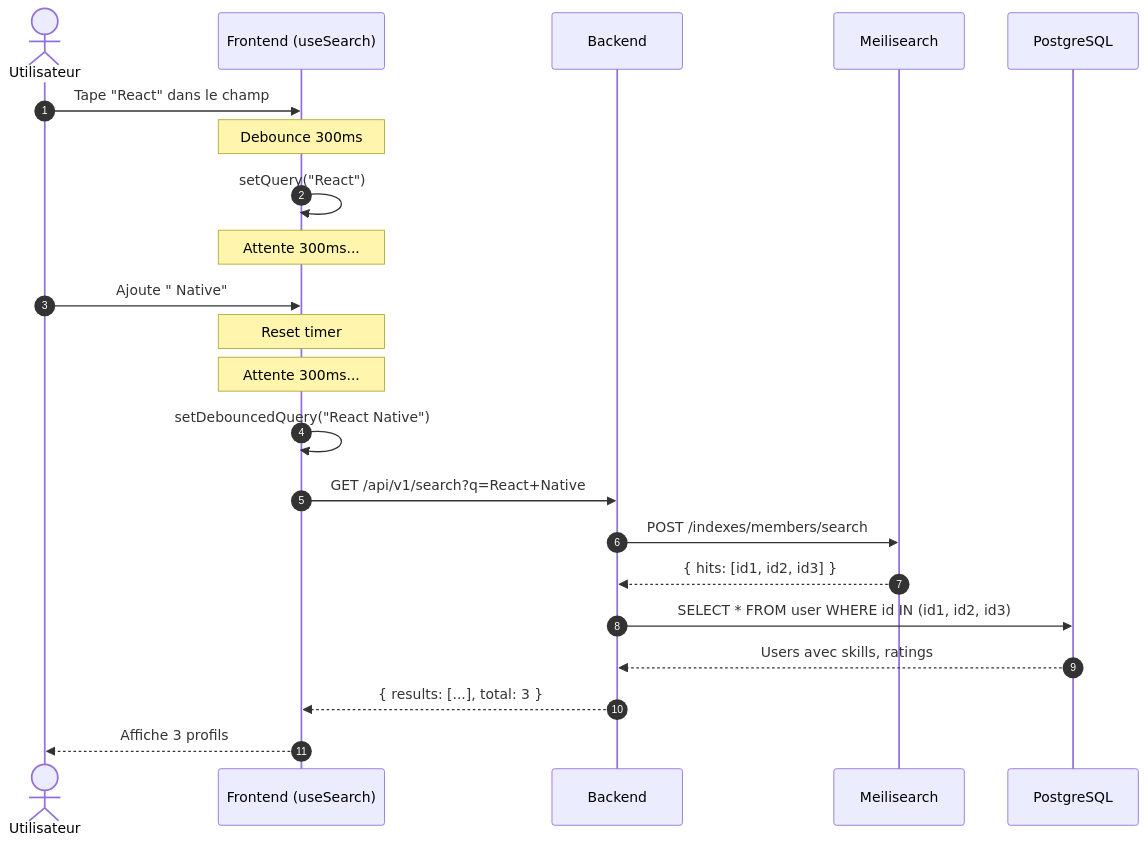
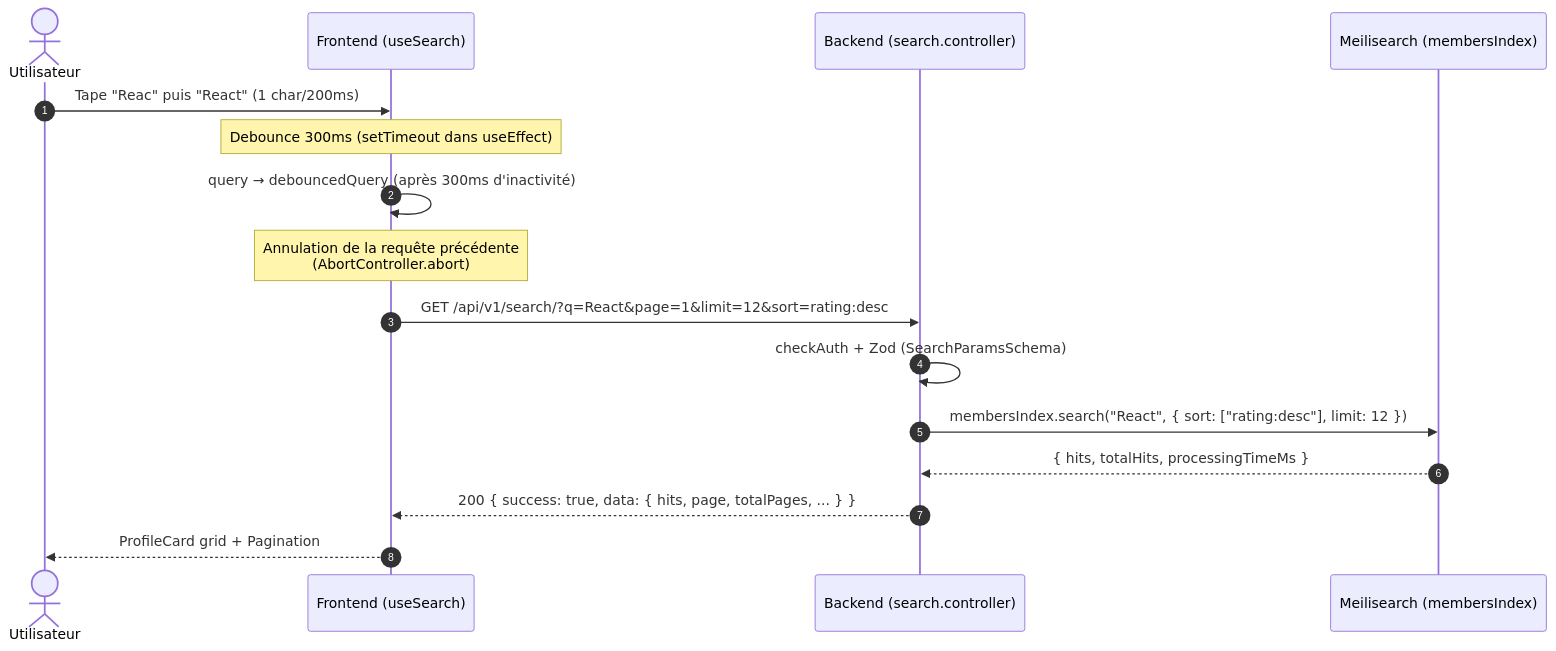
One commit to Sojeremy/documentation-skillswap changed the diagram in docs/documentation-implementation/arc42/06-runtime/search.md. Above: the diagram before and after it, drawn with Mermaid. The commit also changed other lines of this file, not shown here.

Commit message:
docs(arc42): refonte 06-runtime/search.md (flow useSearch réel — natif + AbortController)

````diff
--- a/docs/documentation-implementation/arc42/06-runtime/search.md
+++ b/docs/documentation-implementation/arc42/06-runtime/search.md
@@ -5,25 +16,19 @@
 ```mermaid
 sequenceDiagram
     autonumber
     actor U as Utilisateur
     participant F as Frontend (useSearch)
-    participant B as Backend
-    participant MS as Meilisearch
-    participant DB as PostgreSQL
+    participant B as Backend (search.controller)
+    participant MS as Meilisearch (membersIndex)
 
-    U->>F: Tape "React" dans le champ
-    Note over F: Debounce 300ms
-    F->>F: setQuery("React")
-    Note over F: Attente 300ms...
-    U->>F: Ajoute " Native"
-    Note over F: Reset timer
-    Note over F: Attente 300ms...
-    F->>F: setDebouncedQuery("React Native")
-    F->>B: GET /api/v1/search?q=React+Native
-    B->>MS: POST /indexes/members/search
-    MS-->>B: { hits: [id1, id2, id3] }
-    B->>DB: SELECT * FROM user WHERE id IN (id1, id2, id3)
-    DB-->>B: Users avec skills, ratings
-    B-->>F: { results: [...], total: 3 }
-    F-->>U: Affiche 3 profils
+    U->>F: Tape "Reac" puis "React" (1 char/200ms)
+    Note over F: Debounce 300ms (setTimeout dans useEffect)
+    F->>F: query → debouncedQuery (après 300ms d'inactivité)
+    Note over F: Annulation de la requête précédente<br/>(AbortController.abort)
+    F->>B: GET /api/v1/search/?q=React&page=1&limit=12&sort=rating:desc
+    B->>B: checkAuth + Zod (SearchParamsSchema)
+    B->>MS: membersIndex.search("React", { sort: ["rating:desc"], limit: 12 })
+    MS-->>B: { hits, totalHits, processingTimeMs }
+    B-->>F: 200 { success: true, data: { hits, page, totalPages, ... } }
+    F-->>U: ProfileCard grid + Pagination
 ```
````
